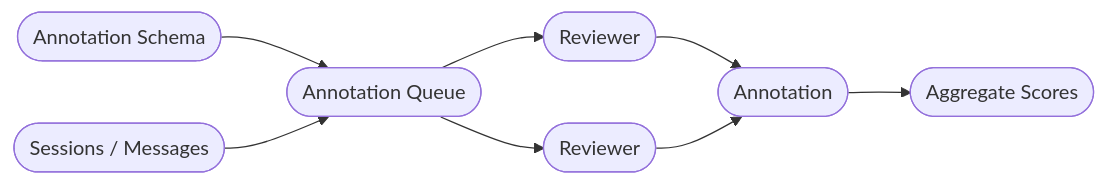
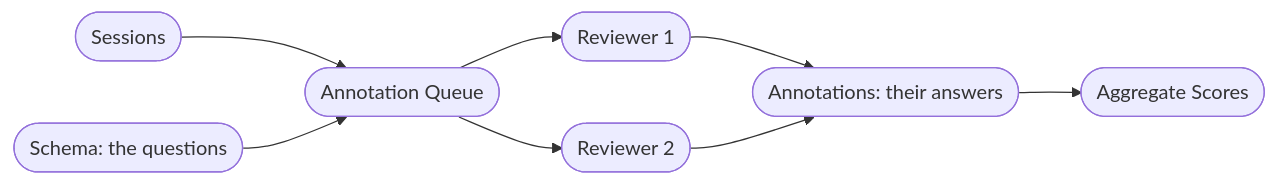
Before and after one commit to dimagi/open-chat-studio-docs: the diagram in docs/concepts/annotations/index.md, drawn with Mermaid. The commit also changed other lines of this file, not shown here.

Commit message:
Annotations readablity for new users - less technical, use cases near top, example to explain diagram

````diff
--- a/docs/concepts/annotations/index.md
+++ b/docs/concepts/annotations/index.md
@@ -11,10 +21,10 @@
 ```mermaid
 flowchart LR
-    schema([Annotation Schema]) --> queue([Annotation Queue])
-    sessions([Sessions / Messages]) --> queue
-    queue --> reviewer1([Reviewer])
-    queue --> reviewer2([Reviewer])
-    reviewer1 --> annotation([Annotation])
+    sessions([Sessions]) --> queue([Annotation Queue])
+    schema([Schema: the questions]) --> queue
+    queue --> reviewer1([Reviewer 1])
+    queue --> reviewer2([Reviewer 2])
+    reviewer1 --> annotation([Annotations: their answers])
     reviewer2 --> annotation
     annotation --> aggregates([Aggregate Scores])
 ```
````
